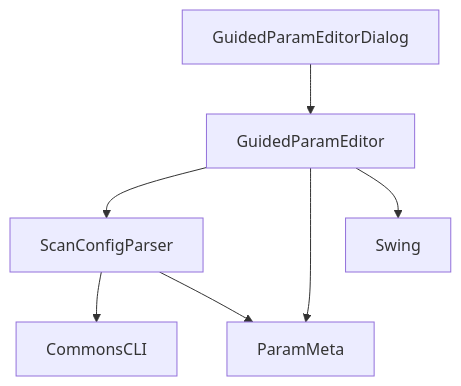
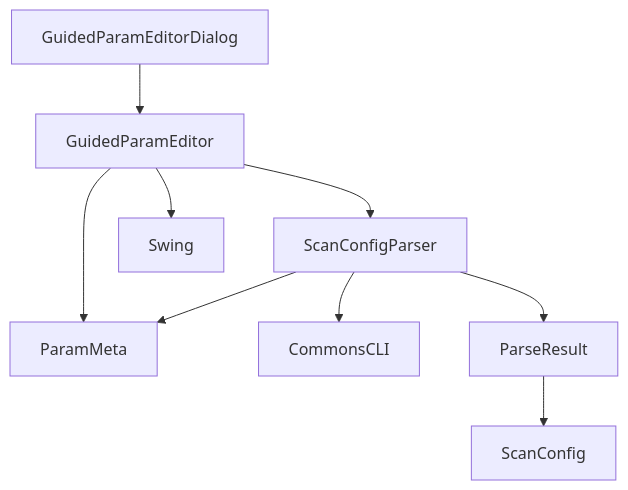
One commit to GitHubNull/sqlmapWebUI changed the sixth of 6 diagrams in .qoder/repowiki/zh/content/业务逻辑层/引导式参数编辑器.md. Above: the diagram before and after it, drawn with Mermaid. The commit also changed other lines of this file and 14 other files, not shown here.

First line of the commit message:
feat: 添加扫描配置命令行视图及任务状态修复

````diff
--- a/.qoder/repowiki/zh/content/业务逻辑层/引导式参数编辑器.md
+++ b/.qoder/repowiki/zh/content/业务逻辑层/引导式参数编辑器.md
@@ -233,9 +268,11 @@
 ```mermaid
 graph TD
 GuidedParamEditor --> ScanConfigParser
 GuidedParamEditor --> ParamMeta
 GuidedParamEditor --> Swing
 GuidedParamEditorDialog --> GuidedParamEditor
 ScanConfigParser --> CommonsCLI
 ScanConfigParser --> ParamMeta
+ScanConfigParser --> ParseResult
+ParseResult --> ScanConfig
 ```
````
